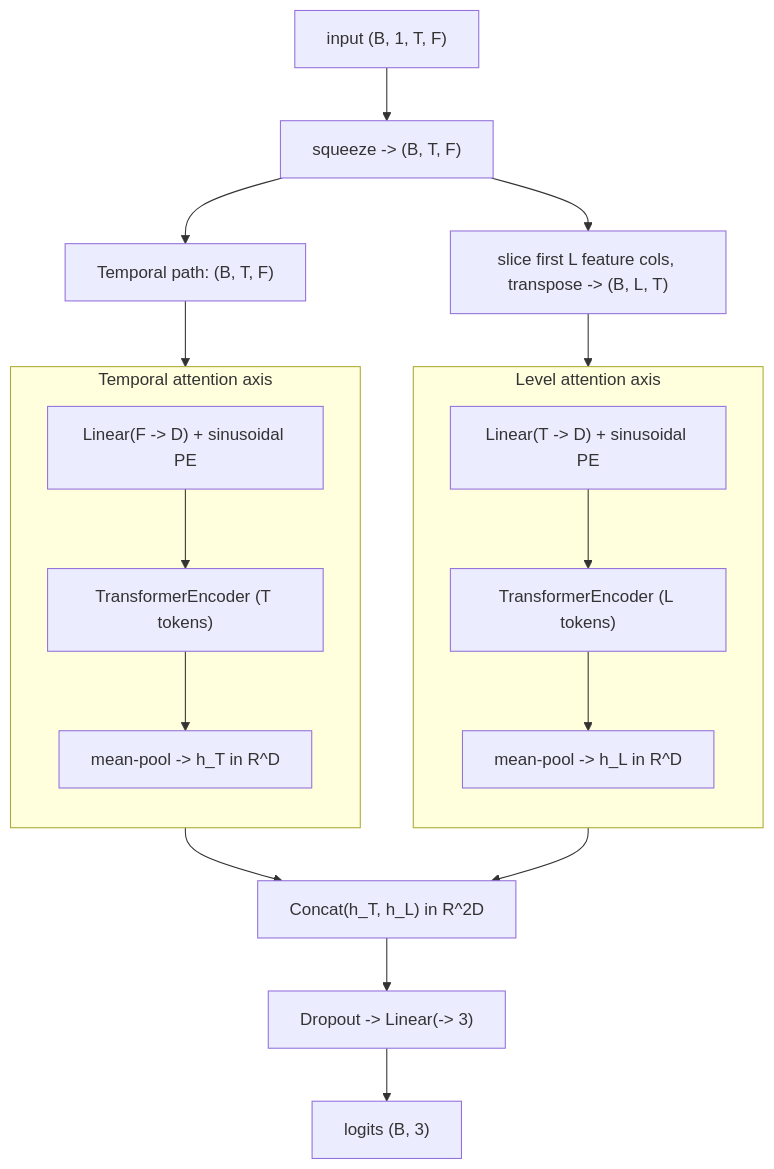
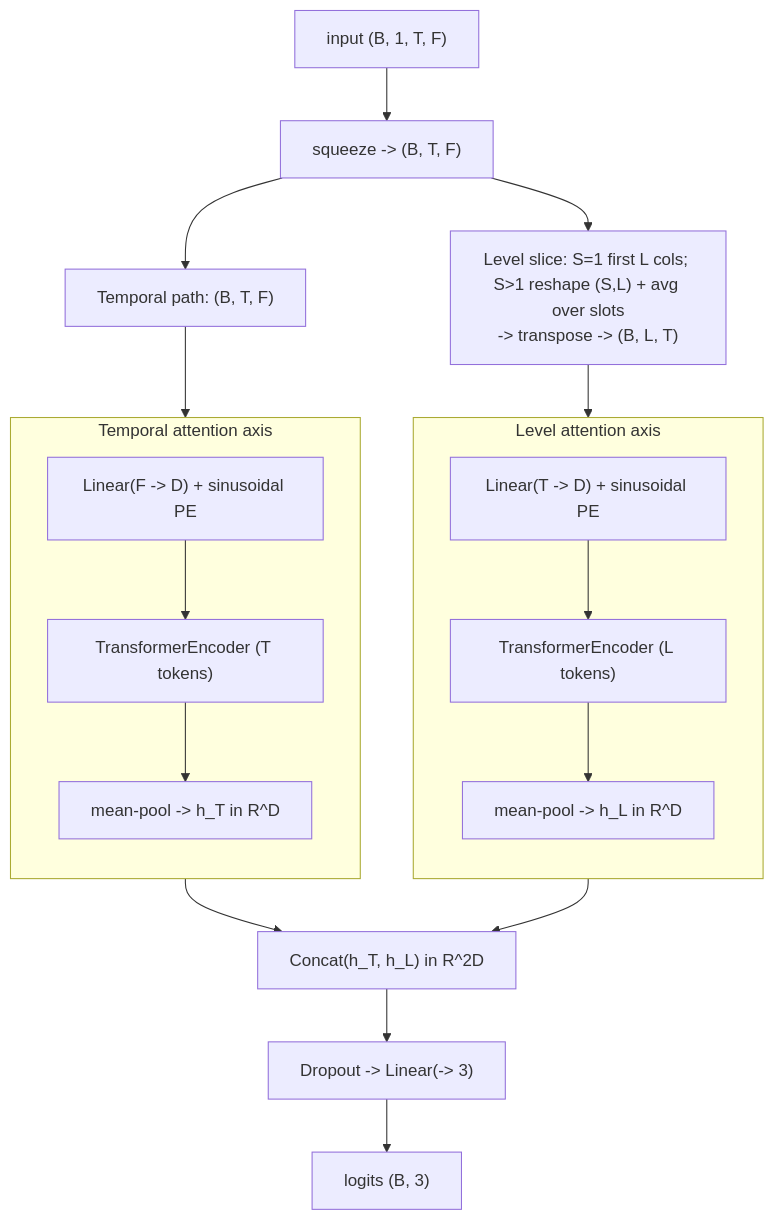
Before and after one commit to ArshiAbolghasemi/Penny: the diagram in docs/models/ofsatnet.md, drawn with Mermaid. The commit also changed other lines of this file and 2 other files, not shown here.

Commit message:
feat: make ofsatnet level path slot-aware for feishu

````diff
--- a/docs/models/ofsatnet.md
+++ b/docs/models/ofsatnet.md
@@ -38,26 +38,26 @@
 ```mermaid
 flowchart TD
     X["input (B, 1, T, F)"] --> S["squeeze -> (B, T, F)"]
 
     S --> TP["Temporal path: (B, T, F)"]
-    S --> LS["slice first L feature cols, transpose -> (B, L, T)"]
+    S --> LS["Level slice: S=1 first L cols; S>1 reshape (S,L) + avg over slots<br/>-> transpose -> (B, L, T)"]
 
     subgraph TEMP["Temporal attention axis"]
         direction TB
         T1["Linear(F -> D) + sinusoidal PE"] --> T2["TransformerEncoder (T tokens)"]
         T2 --> T3["mean-pool -> h_T in R^D"]
     end
     TP --> TEMP
 
     subgraph LEVEL["Level attention axis"]
         direction TB
         L1["Linear(T -> D) + sinusoidal PE"] --> L2["TransformerEncoder (L tokens)"]
         L2 --> L3["mean-pool -> h_L in R^D"]
     end
     LS --> LEVEL
 
     TEMP --> CAT["Concat(h_T, h_L) in R^2D"]
     LEVEL --> CAT
     CAT --> HEAD["Dropout -> Linear(-> 3)"]
     HEAD --> O["logits (B, 3)"]
 ```
````
